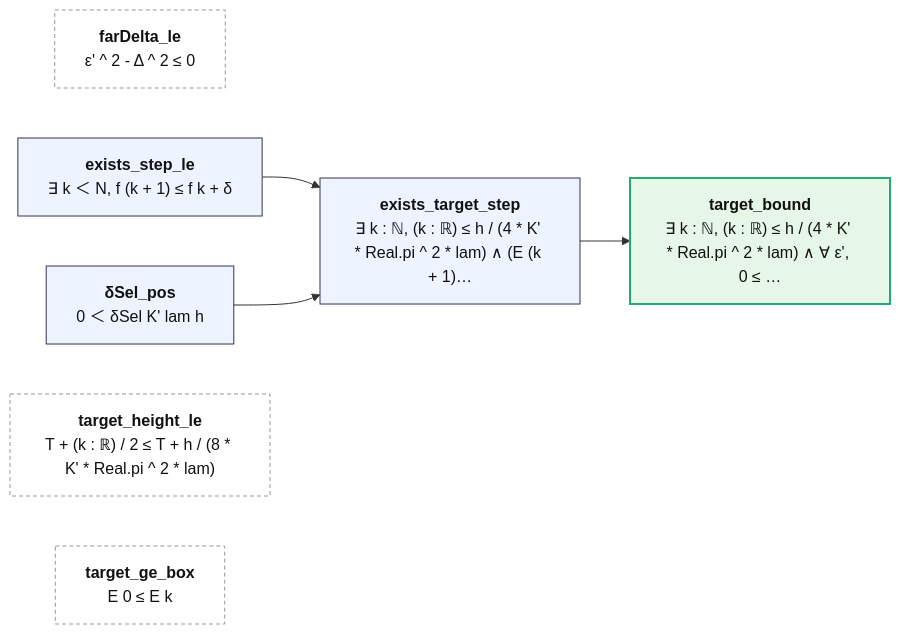
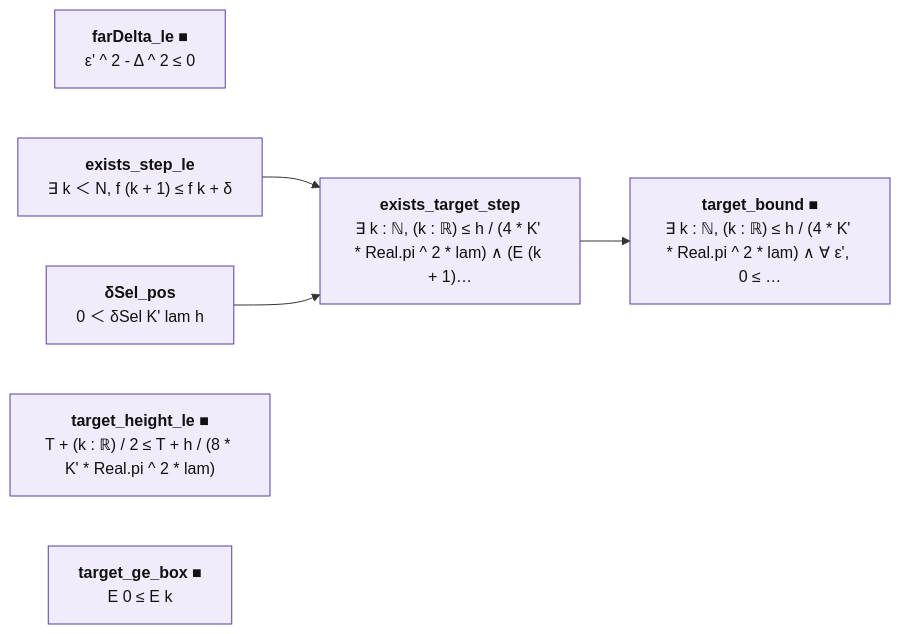
The diagram in map/lean_stage3/WeilPowerSelect.md (juliansambranojr/Primebeat_081426), drawn with Mermaid before and after one commit. The commit also changed other lines of this file and 398 other files, not shown here.

````diff
--- a/map/lean_stage3/WeilPowerSelect.md
+++ b/map/lean_stage3/WeilPowerSelect.md
@@ -12,18 +12,21 @@
 ```mermaid
 flowchart LR
-  n0["<b>farDelta_le</b><br/>ε' ^ 2 - Δ ^ 2 ≤ 0"]:::lone
-  n1["<b>exists_step_le</b><br/>∃ k ＜ N, f (k + 1) ≤ f k + δ"]:::thm
-  n2["<b>δSel_pos</b><br/>0 ＜ δSel K' lam h"]:::thm
-  n3["<b>exists_target_step</b><br/>∃ k : ℕ, (k : ℝ) ≤ h / (4 * K' * Real.pi ^ 2 * lam) ∧ (E (k + 1)…"]:::thm
-  n4["<b>target_bound</b><br/>∃ k : ℕ, (k : ℝ) ≤ h / (4 * K' * Real.pi ^ 2 * lam) ∧ ∀ ε', 0 ≤ …"]:::end_
-  n5["<b>target_height_le</b><br/>T + (k : ℝ) / 2 ≤ T + h / (8 * K' * Real.pi ^ 2 * lam)"]:::lone
-  n6["<b>target_ge_box</b><br/>E 0 ≤ E k"]:::lone
+  n0["<b>farDelta_le ■</b><br/>ε' ^ 2 - Δ ^ 2 ≤ 0"]:::shp
+  n1["<b>exists_step_le</b><br/>∃ k ＜ N, f (k + 1) ≤ f k + δ"]:::shp
+  n2["<b>δSel_pos</b><br/>0 ＜ δSel K' lam h"]:::shp
+  n3["<b>exists_target_step</b><br/>∃ k : ℕ, (k : ℝ) ≤ h / (4 * K' * Real.pi ^ 2 * lam) ∧ (E (k + 1)…"]:::shp
+  n4["<b>target_bound ■</b><br/>∃ k : ℕ, (k : ℝ) ≤ h / (4 * K' * Real.pi ^ 2 * lam) ∧ ∀ ε', 0 ≤ …"]:::shp
+  n5["<b>target_height_le ■</b><br/>T + (k : ℝ) / 2 ≤ T + h / (8 * K' * Real.pi ^ 2 * lam)"]:::shp
+  n6["<b>target_ge_box ■</b><br/>E 0 ≤ E k"]:::shp
   n1 --> n3
   n2 --> n3
   n3 --> n4
+  classDef cnt fill:#dff5ec,stroke:#17694a,color:#111
+  classDef shp fill:#f1ecfb,stroke:#5b3fa0,color:#111
+  classDef rh fill:#ffe5e5,stroke:#c22,color:#111,stroke-width:2px
   classDef thm fill:#eef4ff,stroke:#335,color:#111
   classDef end_ fill:#e7f7e7,stroke:#2a7,color:#111,stroke-width:2px
   classDef lone fill:#fff,stroke:#999,color:#111,stroke-dasharray:4 3
   classDef bad fill:#ffe5e5,stroke:#c22,color:#111,stroke-width:2px
   classDef ext fill:#fff8e1,stroke:#b80,color:#111
 ```
````
